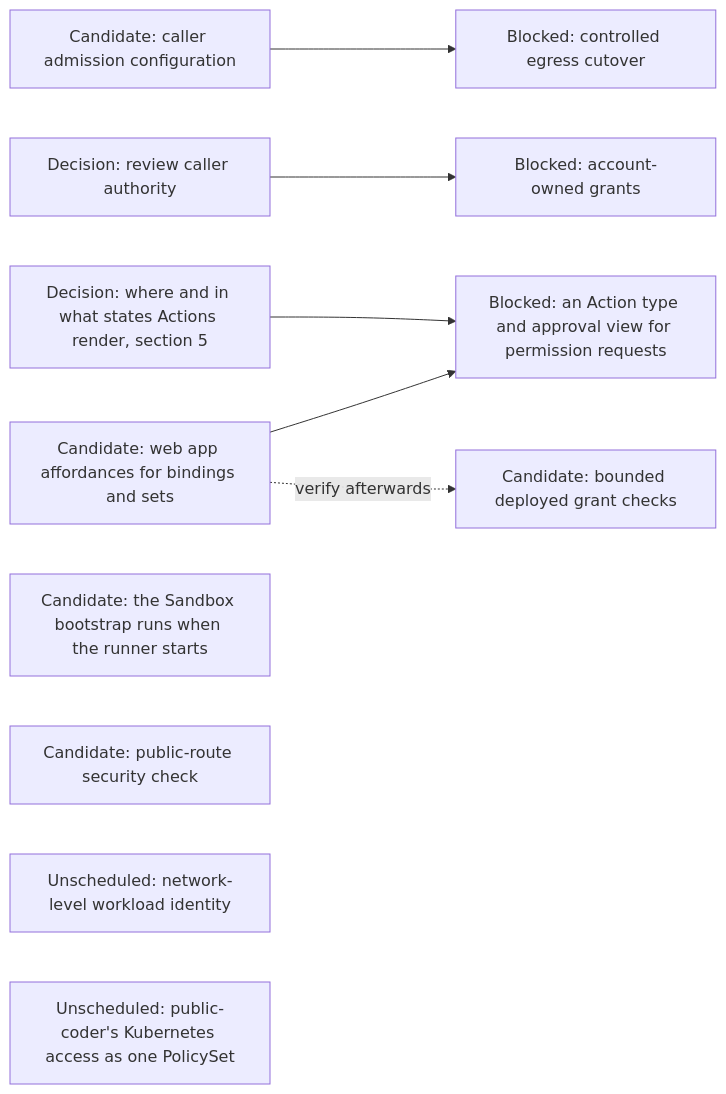
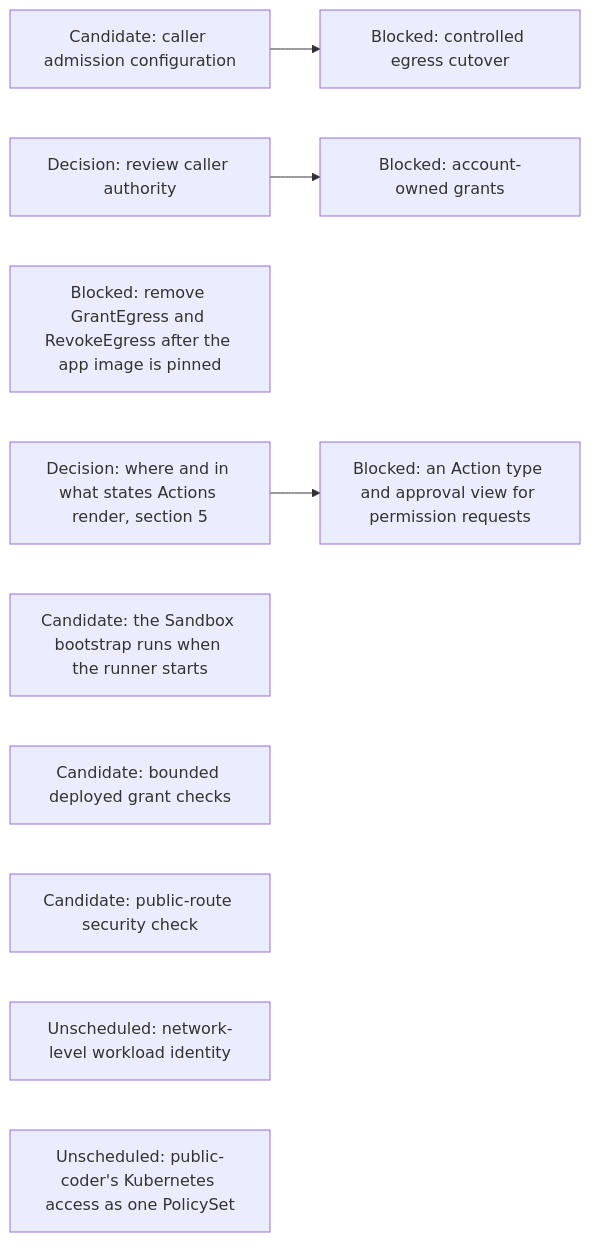
One commit to agentydragon-agent/ducktape changed the eighth of 14 diagrams in agentplane/plans/task_dag.md. Above: the diagram before and after it, drawn with Mermaid. The commit also changed other lines of this file and 32 other files, not shown here.

````diff
--- a/agentplane/plans/task_dag.md
+++ b/agentplane/plans/task_dag.md
@@ -541,16 +541,14 @@
 ```mermaid
 flowchart LR
     PC_EGRESS_CREDENTIALS[Candidate: caller admission configuration] --> PC_EGRESS[Blocked: controlled egress cutover]
     CLAUDE_AI_SA[Decision: review caller authority] --> MANAGED_SA_RBAC[Blocked: account-owned grants]
-    POLICY_RUNTIME_GRANTS[Candidate: web app affordances for bindings and sets]
+    SANDBOX_SERVICE_GRANT_RPC_DROP[Blocked: remove GrantEgress and RevokeEgress after the app image is pinned]
     AGENT_PERMISSION_REQUESTS[Blocked: an Action type and approval view for permission requests]
     ACTION_SURFACES_DESIGN[Decision: where and in what states Actions render, section 5]
-    POLICY_RUNTIME_GRANTS --> AGENT_PERMISSION_REQUESTS
     ACTION_SURFACES_DESIGN --> AGENT_PERMISSION_REQUESTS
-    POLICY_RUNTIME_GRANTS -. verify afterwards .-> SANDBOX_RBAC
     BOOTSTRAP_PROGRESS_CONTRACT[Candidate: the Sandbox bootstrap runs when the runner starts]
     SANDBOX_RBAC[Candidate: bounded deployed grant checks]
     NOTIFICATION_INGRESS_BOUNDARY[Candidate: public-route security check]
     NETWORK_WORKLOAD_IDENTITY[Unscheduled: network-level workload identity]
     PC_KUBERNETES_POLICY_SET[Unscheduled: public-coder's Kubernetes access as one PolicySet]
 ```
````
